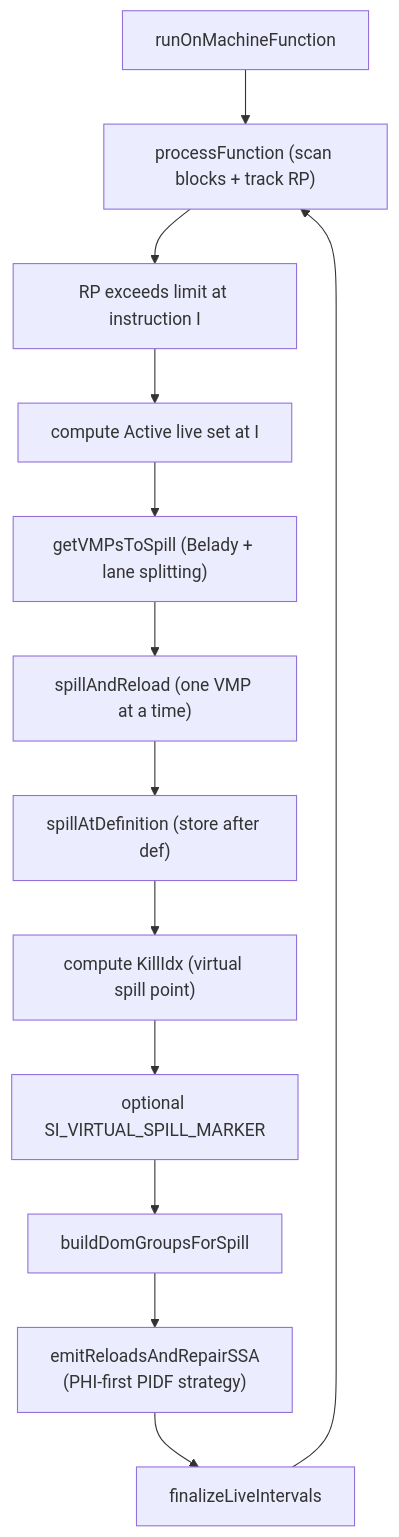
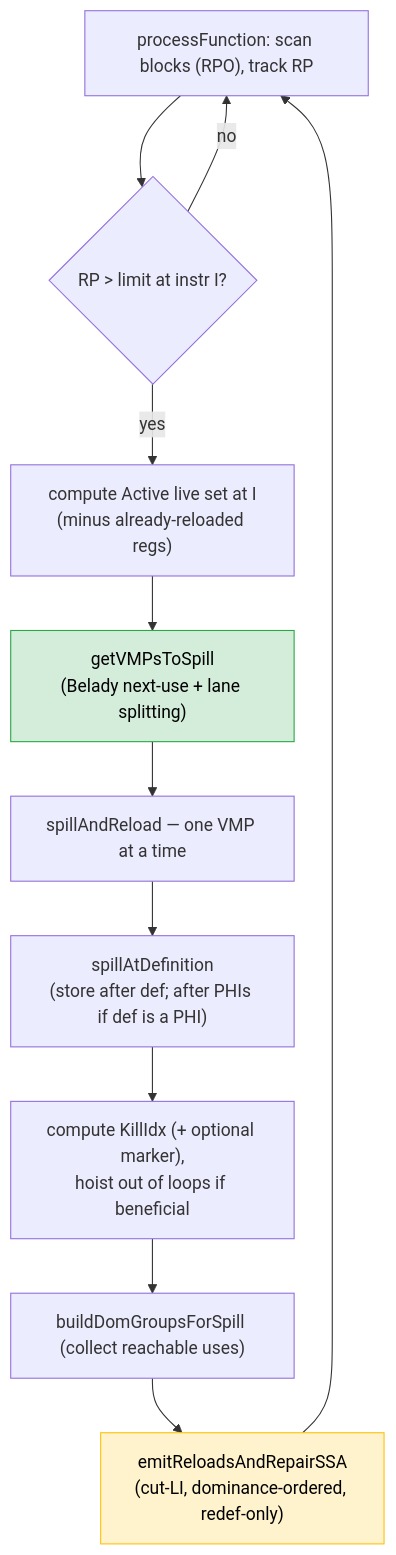
One commit to alex-t/ssa-spiller-docs changed the second of 4 diagrams in SSARA/04-Design/SSA_SPILLER_DESIGN.md. Above: the diagram before and after it, drawn with Mermaid. The commit also changed other lines of this file and 41 other files, not shown here.

````diff
--- a/SSARA/04-Design/SSA_SPILLER_DESIGN.md
+++ b/SSARA/04-Design/SSA_SPILLER_DESIGN.md
@@ -188,15 +86,16 @@
 ```mermaid
 flowchart TD
-  entry["runOnMachineFunction"] --> procFn["processFunction (scan blocks + track RP)"]
-  procFn --> highRP["RP exceeds limit at instruction I"]
-  highRP --> liveSet["compute Active live set at I"]
-  liveSet --> pick["getVMPsToSpill (Belady + lane splitting)"]
-  pick --> perVmp["spillAndReload (one VMP at a time)"]
-  perVmp --> storeDef["spillAtDefinition (store after def)"]
-  storeDef --> killIdx["compute KillIdx (virtual spill point)"]
-  killIdx --> marker["optional SI_VIRTUAL_SPILL_MARKER"]
-  marker --> buildGroups["buildDomGroupsForSpill"]
-  buildGroups --> reloads["emitReloadsAndRepairSSA<br/>(PHI-first PIDF strategy)"]
-  reloads --> shrink["finalizeLiveIntervals"]
-  shrink --> procFn
+    procFn["processFunction: scan blocks (RPO), track RP"] --> highRP{"RP > limit at instr I?"}
+    highRP -->|no| procFn
+    highRP -->|yes| active["compute Active live set at I<br/>(minus already-reloaded regs)"]
+    active --> pick["getVMPsToSpill<br/>(Belady next-use + lane splitting)"]
+    pick --> perVmp["spillAndReload — one VMP at a time"]
+    perVmp --> storeDef["spillAtDefinition<br/>(store after def; after PHIs if def is a PHI)"]
+    storeDef --> killIdx["compute KillIdx (+ optional marker),<br/>hoist out of loops if beneficial"]
+    killIdx --> groups["buildDomGroupsForSpill (collect reachable uses)"]
+    groups --> reload["emitReloadsAndRepairSSA<br/>(cut-LI, dominance-ordered, redef-only)"]
+    reload --> procFn
+
+    style pick fill:#d4edda,stroke:#28a745,color:#000
+    style reload fill:#fff3cd,stroke:#ffc107,color:#000
 ```
````
